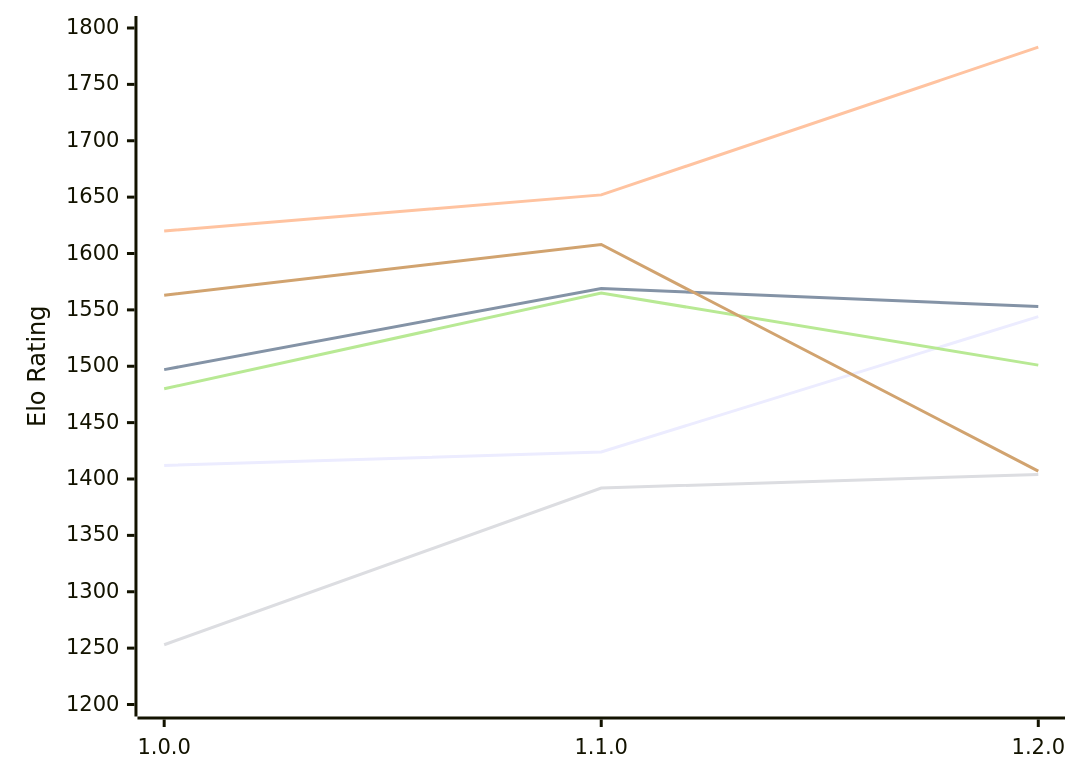
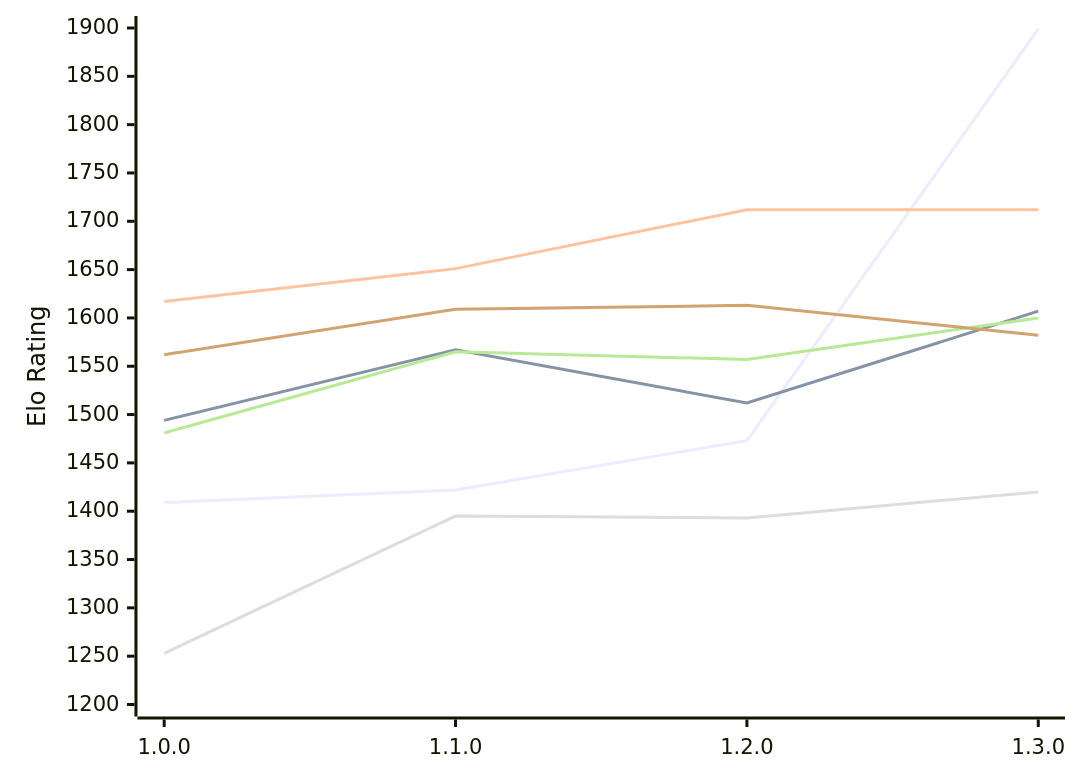
Before and after one commit to computer-chess-index/cci: the diagram in engines/Klak.md, drawn with Mermaid. The commit also changed other lines of this file, not shown here.

Commit message:
Update CCI Ratings (ELO VLTC) - 2026-11-17

````diff
--- a/engines/Klak.md
+++ b/engines/Klak.md
@@ -51,12 +53,12 @@
 ```mermaid
 %%{init: {"theme":"base","themeVariables":{"seriesColors:['#a3a3a3','#222221','#faa371']}}}%%
 xychart-beta
-  x-axis ["1.0.0", "1.1.0", "1.2.0"]
-  y-axis "Elo Rating" 1200 --> 1800
-  line "E1: STC (8.0+0.08s)" [1412, 1424, 1544]
-  line "E1: LTC (60.0+0.60s)" [1497, 1569, 1553]
-  line "E1: VLTC (2m24s+1.12s)" [1620, 1652, 1783]
-  line "P1: STC (8.0+0.08s)" [1253, 1392, 1404]
-  line "P1: LTC (60.0+0.60s)" [1480, 1565, 1501]
-  line "P1: VLTC (2m24s+1.12s)" [1563, 1608, 1407]
+  x-axis ["1.0.0", "1.1.0", "1.2.0", "1.3.0"]
+  y-axis "Elo Rating" 1200 --> 1900
+  line "E1: STC (8.0+0.08s)" [1409, 1422, 1473, 1899]
+  line "E1: LTC (60.0+0.60s)" [1494, 1567, 1512, 1607]
+  line "E1: VLTC (2m24s+1.12s)" [1617, 1651, 1712, 1712]
+  line "P1: STC (8.0+0.08s)" [1253, 1395, 1393, 1420]
+  line "P1: LTC (60.0+0.60s)" [1481, 1565, 1557, 1600]
+  line "P1: VLTC (2m24s+1.12s)" [1562, 1609, 1613, 1582]
 ```
````
